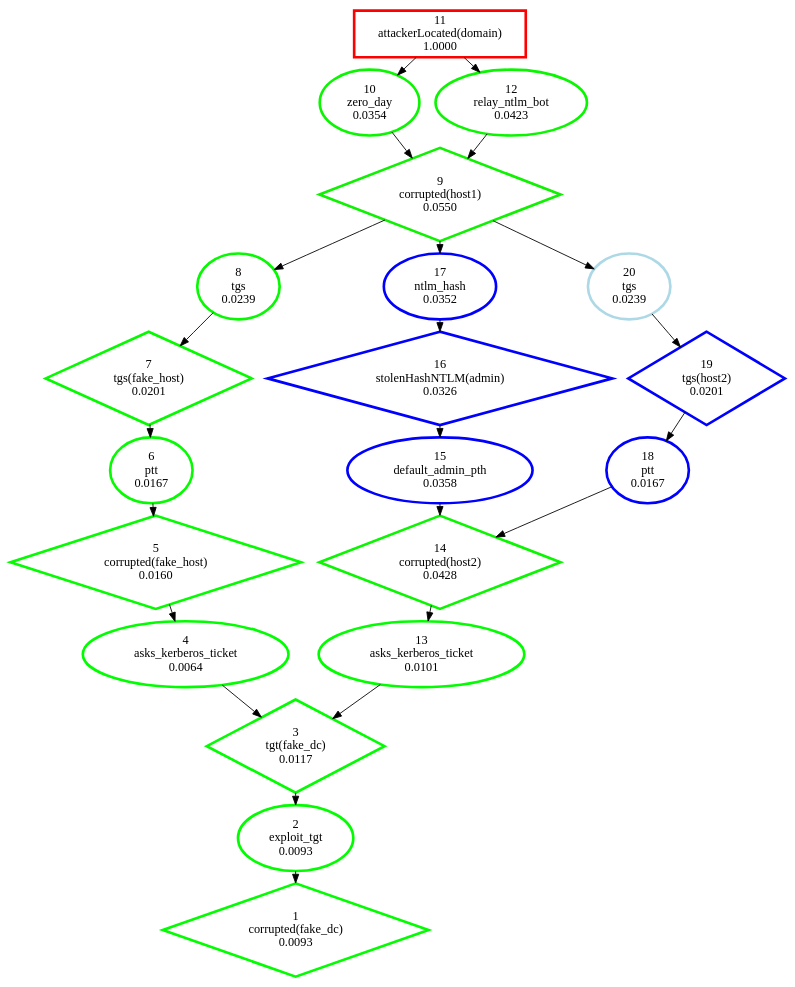
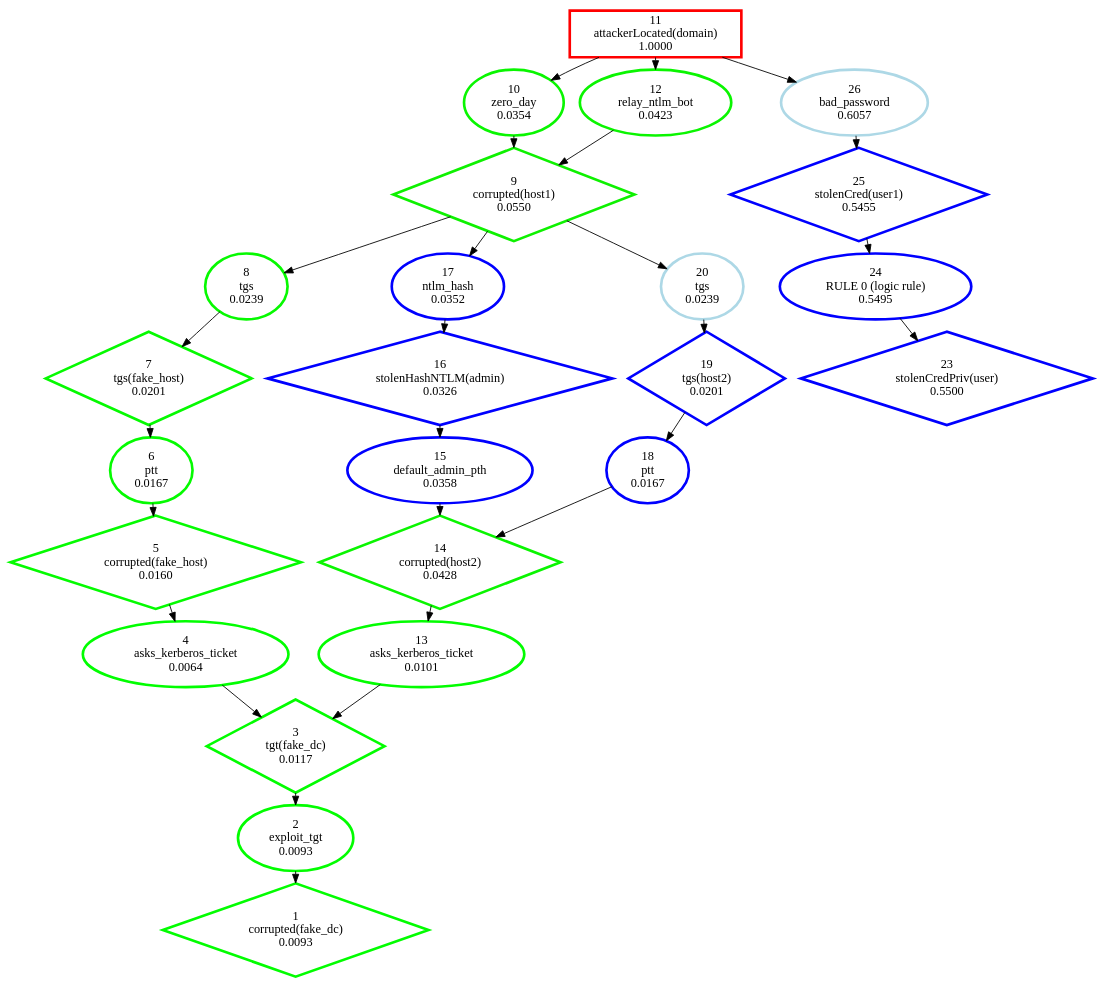
One commit to NathanaeldeLaChesnais/attacker_profiling_for_BAG_with_honeypots changed the diagram in Personnal_simulations/output_Big/strongly_connected_components/classic_11.dot. Above: the diagram before and after it, drawn with Graphviz. The commit also changed 1 other file, not shown here.

```diff
--- a/Personnal_simulations/output_Big/strongly_connected_components/classic_11.dot
+++ b/Personnal_simulations/output_Big/strongly_connected_components/classic_11.dot
@@ -1,45 +1,53 @@
 digraph G {
 ranksep=0.2;
   "1" [label="1\ncorrupted(fake_dc)\n0.0093", color="#02FD00", penwidth=3, shape="diamond"];
   "2" [label="2\nexploit_tgt\n0.0093", color="#02FD00", penwidth=3, shape="ellipse"];
   "3" [label="3\ntgt(fake_dc)\n0.0117", color="#02FD00", penwidth=3, shape="diamond"];
   "4" [label="4\nasks_kerberos_ticket\n0.0064", color="#01FE00", penwidth=3, shape="ellipse"];
   "5" [label="5\ncorrupted(fake_host)\n0.0160", color="#04FB00", penwidth=3, shape="diamond"];
   "6" [label="6\nptt\n0.0167", color="#04FB00", penwidth=3, shape="ellipse"];
   "7" [label="7\ntgs(fake_host)\n0.0201", color="#05FA00", penwidth=3, shape="diamond"];
   "8" [label="8\ntgs\n0.0239", color="#06F900", penwidth=3, shape="ellipse"];
   "9" [label="9\ncorrupted(host1)\n0.0550", color="#0EF100", penwidth=3, shape="diamond"];
   "10" [label="10\nzero_day\n0.0354", color="#09F600", penwidth=3, shape="ellipse"];
   "11" [label="11\nattackerLocated(domain)\n1.0000", color="#FF0000", penwidth=3, shape="box"];
   "12" [label="12\nrelay_ntlm_bot\n0.0423", color="#0AF500", penwidth=3, shape="ellipse"];
   "13" [label="13\nasks_kerberos_ticket\n0.0101", color="#02FD00", penwidth=3, shape="ellipse"];
   "14" [label="14\ncorrupted(host2)\n0.0428", color="#0AF500", penwidth=3, shape="diamond"];
   "15" [label="15\ndefault_admin_pth\n0.0358", color="blue", penwidth=3, shape="ellipse"];
   "16" [label="16\nstolenHashNTLM(admin)\n0.0326", color="blue", penwidth=3, shape="diamond"];
   "17" [label="17\nntlm_hash\n0.0352", color="blue", penwidth=3, shape="ellipse"];
   "18" [label="18\nptt\n0.0167", color="blue", penwidth=3, shape="ellipse"];
   "19" [label="19\ntgs(host2)\n0.0201", color="blue", penwidth=3, shape="diamond"];
   "20" [label="20\ntgs\n0.0239", color="lightblue", penwidth=3, shape="ellipse"];
+  "23" [label="23\nstolenCredPriv(user)\n0.5500", color="blue", penwidth=3, shape="diamond"];
+  "24" [label="24\nRULE 0 (logic rule)\n0.5495", color="blue", penwidth=3, shape="ellipse"];
+  "25" [label="25\nstolenCred(user1)\n0.5455", color="blue", penwidth=3, shape="diamond"];
+  "26" [label="26\nbad_password\n0.6057", color="lightblue", penwidth=3, shape="ellipse"];
   "11" -> "10";
   "11" -> "12";
+  "11" -> "26";
   "10" -> "9";
   "9" -> "8";
   "9" -> "17";
   "9" -> "20";
   "12" -> "9";
   "8" -> "7";
   "7" -> "6";
   "6" -> "5";
   "5" -> "4";
   "4" -> "3";
   "3" -> "2";
   "17" -> "16";
   "16" -> "15";
   "15" -> "14";
   "14" -> "13";
   "20" -> "19";
   "19" -> "18";
   "18" -> "14";
   "13" -> "3";
   "2" -> "1";
+  "26" -> "25";
+  "25" -> "24";
+  "24" -> "23";
 }
```
